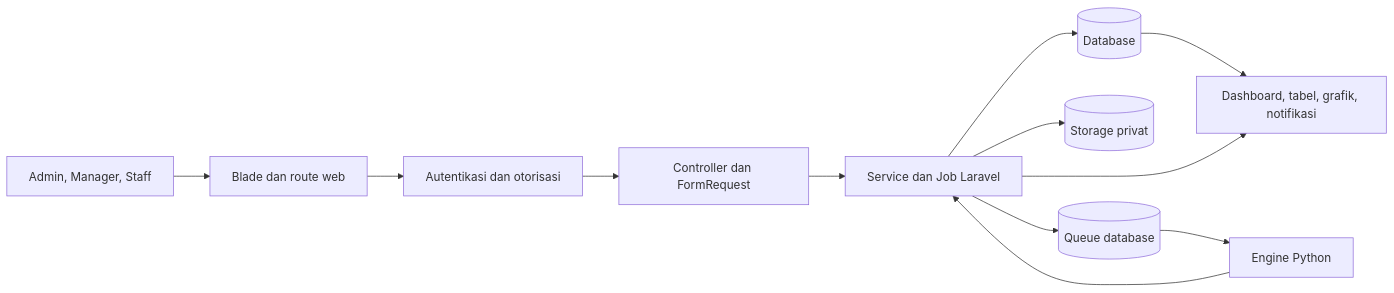
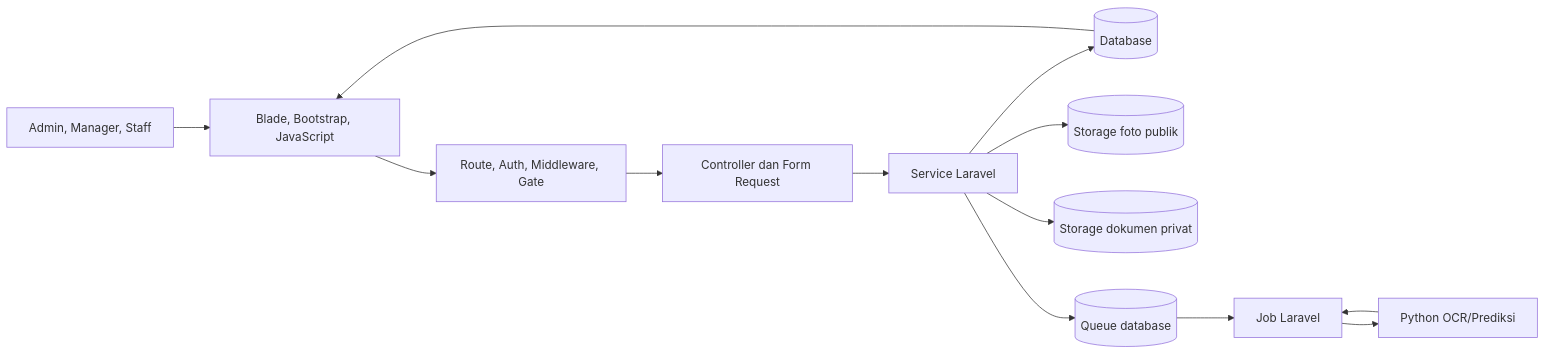
One commit to raisazahra14/belajar-laravel-bcs changed the first of 6 diagrams in docs/PETA_KONSEP_LOGISTIKKU.md. Above: the diagram before and after it, drawn with Mermaid. The commit also changed other lines of this file and 14 other files, not shown here.

````diff
--- a/docs/PETA_KONSEP_LOGISTIKKU.md
+++ b/docs/PETA_KONSEP_LOGISTIKKU.md
@@ -7,14 +7,15 @@
 ```mermaid
 flowchart LR
-    U[Admin, Manager, Staff] --> W[Blade dan route web]
-    W --> A[Autentikasi dan otorisasi]
-    A --> C[Controller dan FormRequest]
-    C --> S[Service dan Job Laravel]
+    U[Admin, Manager, Staff] --> UI[Blade, Bootstrap, JavaScript]
+    UI --> MW[Route, Auth, Middleware, Gate]
+    MW --> C[Controller dan Form Request]
+    C --> S[Service Laravel]
     S --> DB[(Database)]
-    S --> FS[(Storage privat)]
+    S --> PUB[(Storage foto publik)]
+    S --> PRI[(Storage dokumen privat)]
     S --> Q[(Queue database)]
-    Q --> PY[Engine Python]
-    PY --> S
-    DB --> V[Dashboard, tabel, grafik, notifikasi]
-    S --> V
+    Q --> J[Job Laravel]
+    J --> PY[Python OCR/Prediksi]
+    PY --> J
+    DB --> UI
 ```
````
